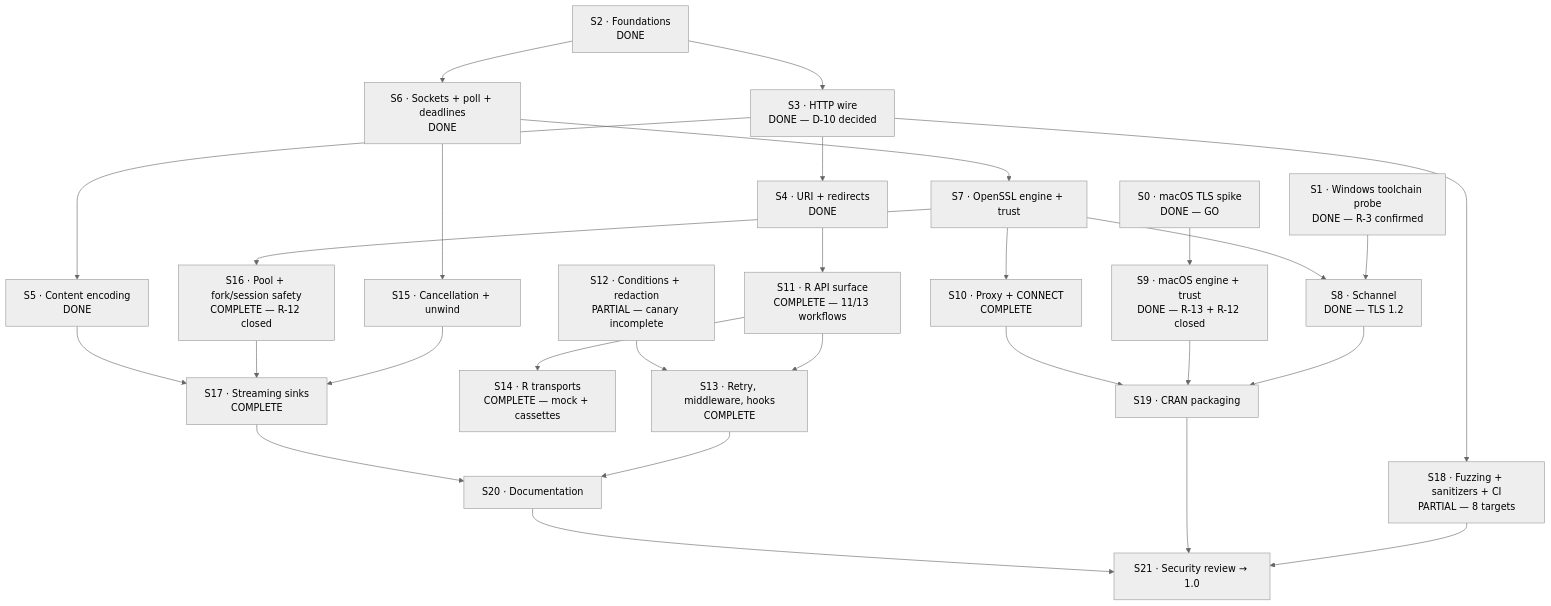
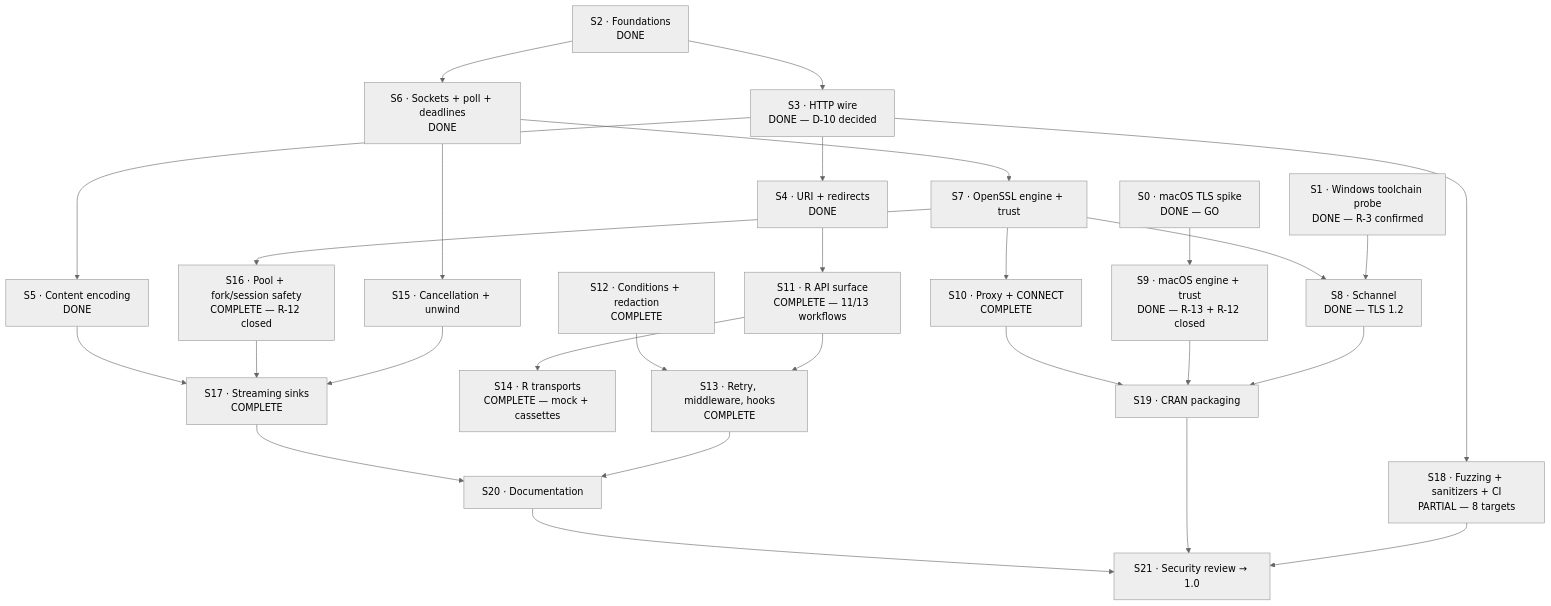
Before and after one commit to pedrobtz/zuhttp: the diagram in .agents/roadmap.md, drawn with Mermaid (neutral theme). The commit also changed other lines of this file and 5 other files, not shown here.

````diff
--- a/.agents/roadmap.md
+++ b/.agents/roadmap.md
@@ -28,58 +28,58 @@
 ```mermaid
 graph TD
     S0["S0 · macOS TLS spike<br/>DONE — GO"]
     S1["S1 · Windows toolchain probe<br/>DONE — R-3 confirmed"]
 
     S2["S2 · Foundations<br/>DONE"]
     S3["S3 · HTTP wire<br/>DONE — D-10 decided"]
     S4["S4 · URI + redirects<br/>DONE"]
     S5["S5 · Content encoding<br/>DONE"]
 
     S6["S6 · Sockets + poll + deadlines<br/>DONE"]
     S7["S7 · OpenSSL engine + trust"]
     S8["S8 · Schannel<br/>DONE — TLS 1.2"]
     S9["S9 · macOS engine + trust<br/>DONE — R-13 + R-12 closed"]
     S10["S10 · Proxy + CONNECT<br/>COMPLETE"]
 
     S11["S11 · R API surface<br/>COMPLETE — 11/13 workflows"]
-    S12["S12 · Conditions + redaction<br/>PARTIAL — canary incomplete"]
+    S12["S12 · Conditions + redaction<br/>COMPLETE"]
     S13["S13 · Retry, middleware, hooks<br/>COMPLETE"]
     S14["S14 · R transports<br/>COMPLETE — mock + cassettes"]
 
     S15["S15 · Cancellation + unwind"]
     S16["S16 · Pool + fork/session safety<br/>COMPLETE — R-12 closed"]
     S17["S17 · Streaming sinks<br/>COMPLETE"]
 
     S18["S18 · Fuzzing + sanitizers + CI<br/>PARTIAL — 8 targets"]
     S19["S19 · CRAN packaging"]
     S20["S20 · Documentation"]
     S21["S21 · Security review → 1.0"]
 
     S0 --> S9
     S1 --> S8
     S2 --> S3
     S2 --> S6
     S3 --> S4
     S3 --> S5
     S3 --> S18
     S6 --> S7
     S6 --> S15
     S7 --> S8
     S7 --> S10
     S7 --> S16
     S8 --> S19
     S9 --> S19
     S4 --> S11
     S11 --> S13
     S12 --> S13
     S11 --> S14
     S15 --> S17
     S16 --> S17
     S13 --> S20
     S17 --> S20
     S18 --> S21
     S19 --> S21
     S20 --> S21
     S10 --> S19
     S5 --> S17
 ```
````
